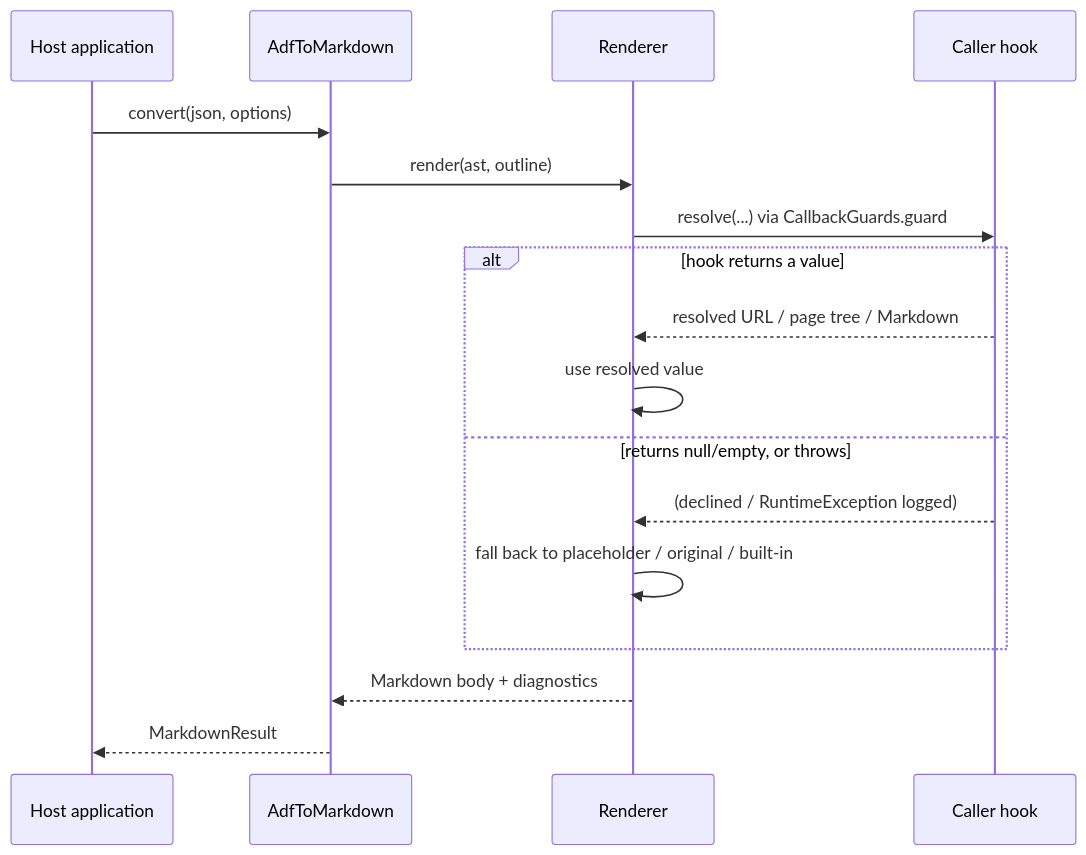
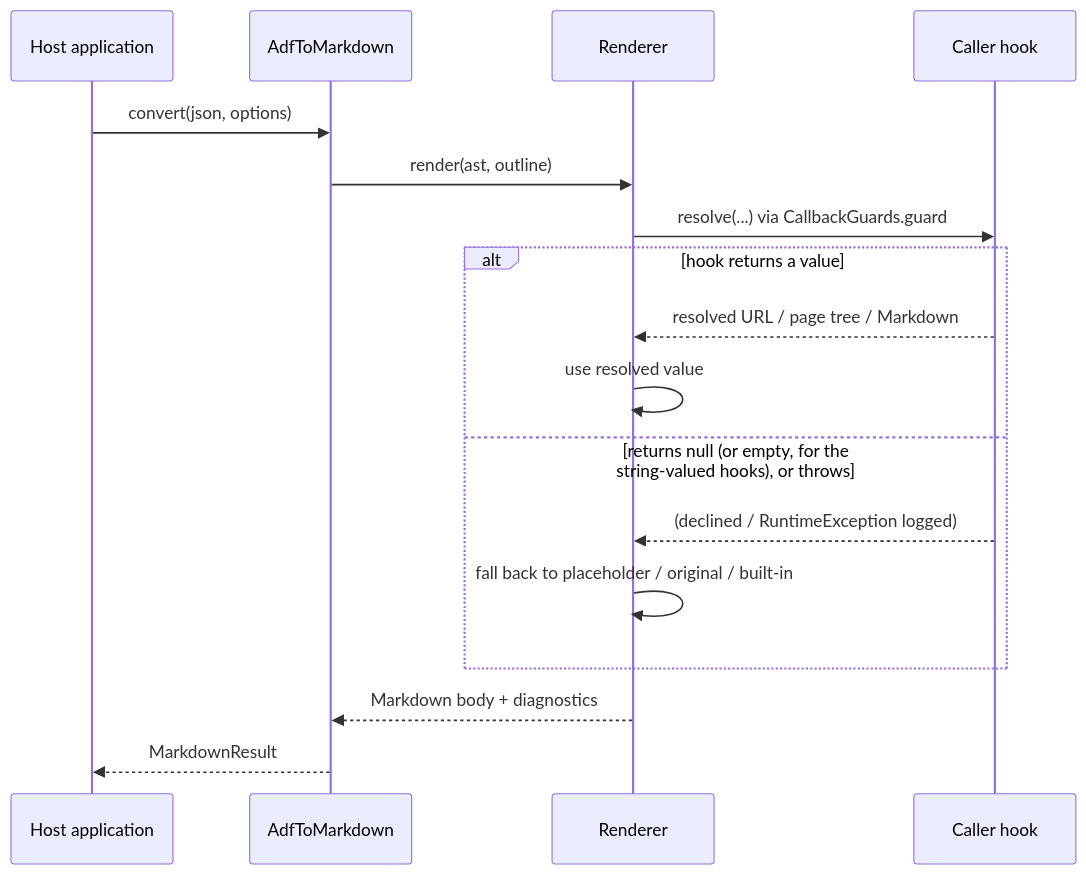
One commit to thiagogcm/adf4j changed the ninth of 9 diagrams in docs/architecture.md. Above: the diagram before and after it, drawn with Mermaid. The commit also changed other lines of this file and 25 other files, not shown here.

````diff
--- a/docs/architecture.md
+++ b/docs/architecture.md
@@ -347,20 +353,20 @@
 ```mermaid
 sequenceDiagram
     participant App as Host application
     participant Conv as AdfToMarkdown
     participant R as Renderer
     participant H as Caller hook
 
     App->>Conv: convert(json, options)
     Conv->>R: render(ast, outline)
     R->>H: resolve(...) via CallbackGuards.guard
     alt hook returns a value
         H-->>R: resolved URL / page tree / Markdown
         R->>R: use resolved value
-    else returns null/empty, or throws
+    else returns null (or empty, for the string-valued hooks), or throws
         H-->>R: (declined / RuntimeException logged)
         R->>R: fall back to placeholder / original / built-in
     end
     R-->>Conv: Markdown body + diagnostics
     Conv-->>App: MarkdownResult
 ```
````
